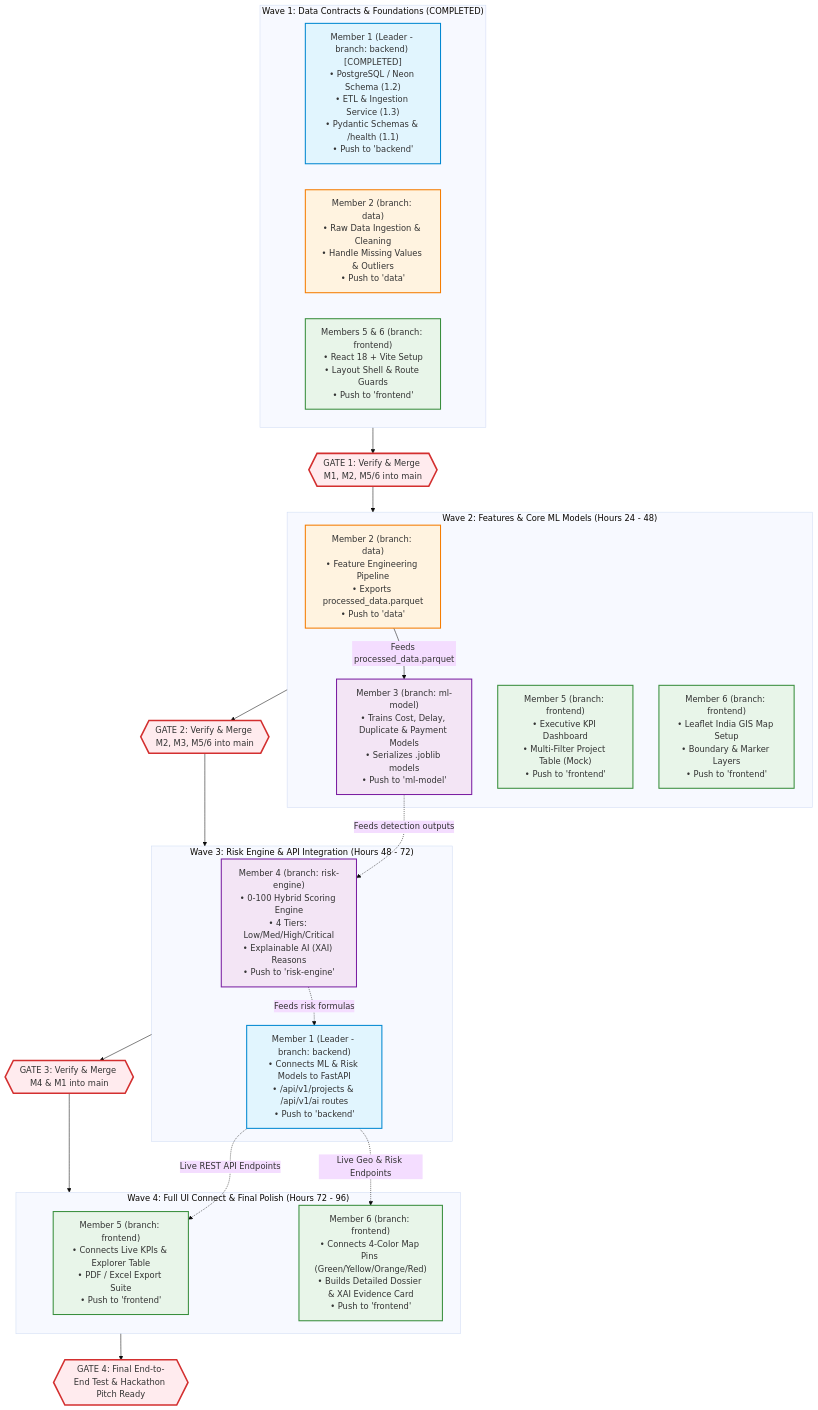
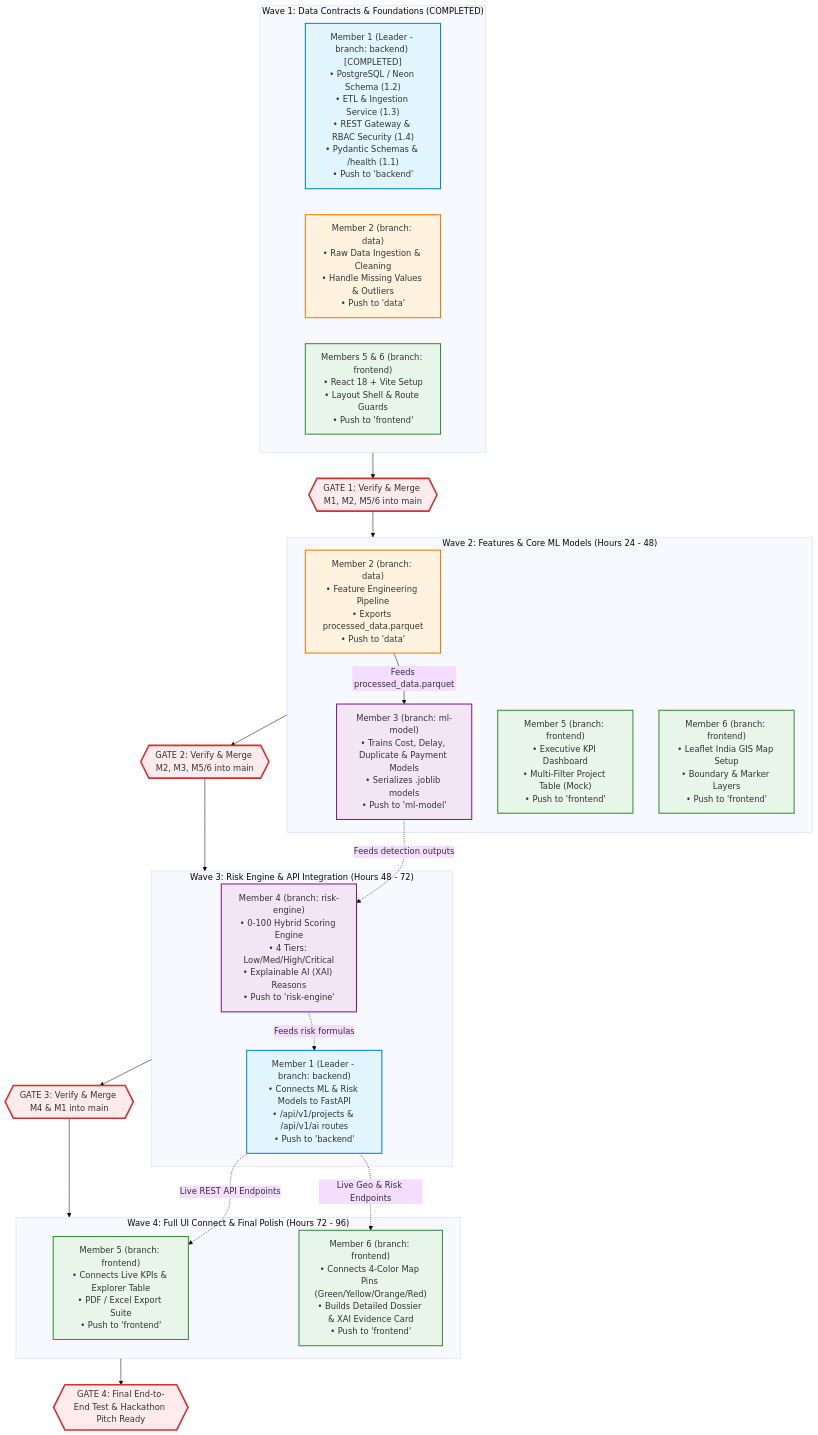
The diagram in docs/TEAM_EXECUTION_TIMELINE.md (ManasPatel0/MPLAD-AI), drawn with Mermaid (base theme) before and after one commit. The commit also changed 19 other files, not shown here.

Commit message:
feat(gateway): implement Subtask 1.4 REST API gateway, JWT auth & RBAC security

````diff
--- a/docs/TEAM_EXECUTION_TIMELINE.md
+++ b/docs/TEAM_EXECUTION_TIMELINE.md
@@ -11,48 +11,48 @@
 ```mermaid
 flowchart TD
     classDef lead fill:#e1f5fe,stroke:#0288d1,stroke-width:2px;
     classDef data fill:#fff3e0,stroke:#f57c00,stroke-width:2px;
     classDef ml fill:#f3e5f5,stroke:#7b1fa2,stroke-width:2px;
     classDef ui fill:#e8f5e9,stroke:#388e3c,stroke-width:2px;
     classDef gate fill:#ffebee,stroke:#d32f2f,stroke-width:3px;
 
     subgraph W1["Wave 1: Data Contracts & Foundations (COMPLETED)"]
-        M1_1["Member 1 (Leader - branch: backend) [COMPLETED]\n• PostgreSQL / Neon Schema (1.2)\n• ETL & Ingestion Service (1.3)\n• Pydantic Schemas & /health (1.1)\n• Push to 'backend'"]:::lead
+        M1_1["Member 1 (Leader - branch: backend) [COMPLETED]\n• PostgreSQL / Neon Schema (1.2)\n• ETL & Ingestion Service (1.3)\n• REST Gateway & RBAC Security (1.4)\n• Pydantic Schemas & /health (1.1)\n• Push to 'backend'"]:::lead
         M2_1["Member 2 (branch: data)\n• Raw Data Ingestion & Cleaning\n• Handle Missing Values & Outliers\n• Push to 'data'"]:::data
         M56_1["Members 5 & 6 (branch: frontend)\n• React 18 + Vite Setup\n• Layout Shell & Route Guards\n• Push to 'frontend'"]:::ui
     end
 
     G1{{"GATE 1: Verify & Merge M1, M2, M5/6 into main"}}:::gate
     W1 --> G1
 
     subgraph W2["Wave 2: Features & Core ML Models (Hours 24 - 48)"]
         M2_2["Member 2 (branch: data)\n• Feature Engineering Pipeline\n• Exports processed_data.parquet\n• Push to 'data'"]:::data
         M3_1["Member 3 (branch: ml-model)\n• Trains Cost, Delay, Duplicate & Payment Models\n• Serializes .joblib models\n• Push to 'ml-model'"]:::ml
         M5_1["Member 5 (branch: frontend)\n• Executive KPI Dashboard\n• Multi-Filter Project Table (Mock)\n• Push to 'frontend'"]:::ui
         M6_1["Member 6 (branch: frontend)\n• Leaflet India GIS Map Setup\n• Boundary & Marker Layers\n• Push to 'frontend'"]:::ui
     end
 
     G1 --> W2
     M2_2 -->|"Feeds processed_data.parquet"| M3_1
     W2 --> G2{{"GATE 2: Verify & Merge M2, M3, M5/6 into main"}}:::gate
 
     subgraph W3["Wave 3: Risk Engine & API Integration (Hours 48 - 72)"]
         M4_1["Member 4 (branch: risk-engine)\n• 0-100 Hybrid Scoring Engine\n• 4 Tiers: Low/Med/High/Critical\n• Explainable AI (XAI) Reasons\n• Push to 'risk-engine'"]:::ml
         M1_2["Member 1 (Leader - branch: backend)\n• Connects ML & Risk Models to FastAPI\n• /api/v1/projects & /api/v1/ai routes\n• Push to 'backend'"]:::lead
     end
 
     G2 --> W3
     M3_1 -.->|"Feeds detection outputs"| M4_1
     M4_1 -.->|"Feeds risk formulas"| M1_2
     W3 --> G3{{"GATE 3: Verify & Merge M4 & M1 into main"}}:::gate
 
     subgraph W4["Wave 4: Full UI Connect & Final Polish (Hours 72 - 96)"]
         M5_2["Member 5 (branch: frontend)\n• Connects Live KPIs & Explorer Table\n• PDF / Excel Export Suite\n• Push to 'frontend'"]:::ui
         M6_2["Member 6 (branch: frontend)\n• Connects 4-Color Map Pins (Green/Yellow/Orange/Red)\n• Builds Detailed Dossier & XAI Evidence Card\n• Push to 'frontend'"]:::ui
     end
 
     G3 --> W4
     M1_2 -.->|"Live REST API Endpoints"| M5_2
     M1_2 -.->|"Live Geo & Risk Endpoints"| M6_2
     W4 --> G4{{"GATE 4: Final End-to-End Test & Hackathon Pitch Ready"}}:::gate
 ```
````
